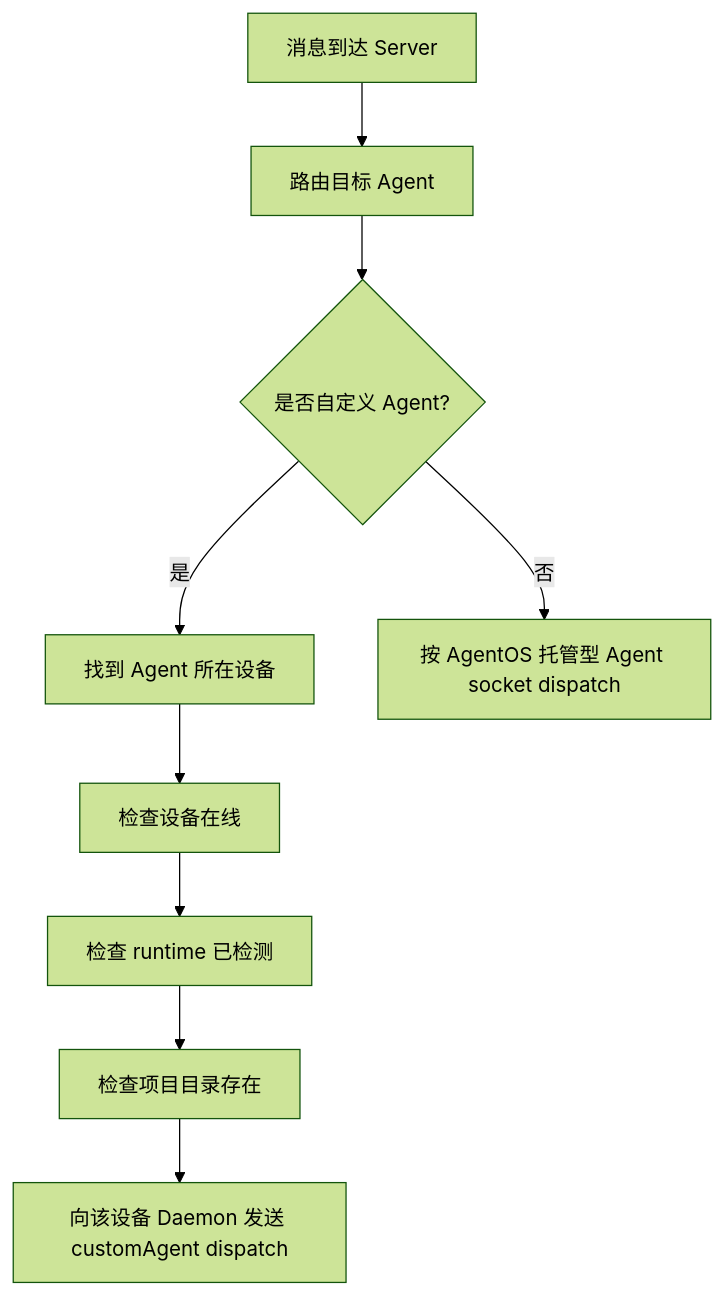
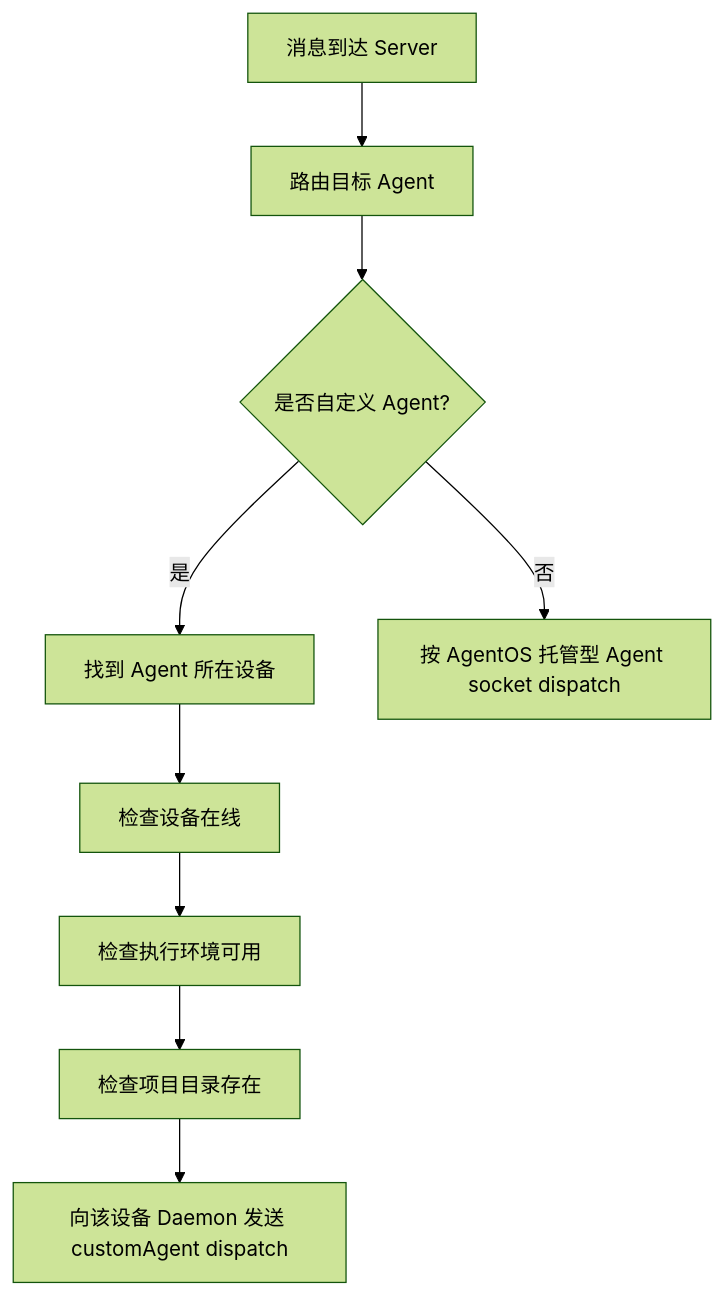
One commit to xiaojichao/agentbean changed the fifth of 6 diagrams in README.md. Above: the diagram before and after it, drawn with Mermaid (forest theme). The commit also changed other lines of this file and 8 other files, not shown here.

````diff
--- a/README.md
+++ b/README.md
@@ -161,11 +161,11 @@
 ```mermaid
 flowchart TD
   M["消息到达 Server"] --> R["路由目标 Agent"]
   R --> C{"是否自定义 Agent?"}
   C -- 是 --> D["找到 Agent 所在设备"]
   D --> E["检查设备在线"]
-  E --> F["检查 runtime 已检测"]
+  E --> F["检查执行环境可用"]
   F --> G["检查项目目录存在"]
   G --> H["向该设备 Daemon 发送 customAgent dispatch"]
   C -- 否 --> I["按 AgentOS 托管型 Agent socket dispatch"]
 ```
````
